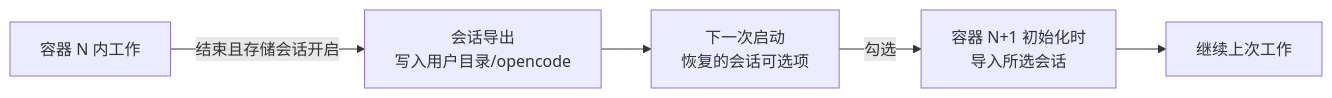
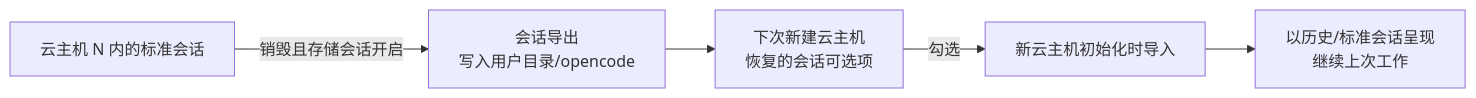
Before and after one commit to Deliay/z-agent-gear: the second of 3 diagrams in docs/product/draft/20261020-container-harness-support.md, drawn with Mermaid. The commit also changed other lines of this file and 3 other files, not shown here.

````diff
--- a/docs/product/draft/20261020-container-harness-support.md
+++ b/docs/product/draft/20261020-container-harness-support.md
@@ -200,7 +233,7 @@
 ```mermaid
 flowchart LR
-    A[容器 N 内工作] -->|结束且存储会话开启| B[会话导出<br/>写入用户目录/opencode]
-    B --> C[下一次启动<br/>恢复的会话可选项]
-    C -->|勾选| D[容器 N+1 初始化时<br/>导入所选会话]
-    D --> E[继续上次工作]
+    A[云主机 N 内的标准会话] -->|销毁且存储会话开启| B[会话导出<br/>写入用户目录/opencode]
+    B --> C[下次新建云主机<br/>恢复的会话可选项]
+    C -->|勾选| D[新云主机初始化时导入]
+    D --> E[以历史/标准会话呈现<br/>继续上次工作]
 ```
````
